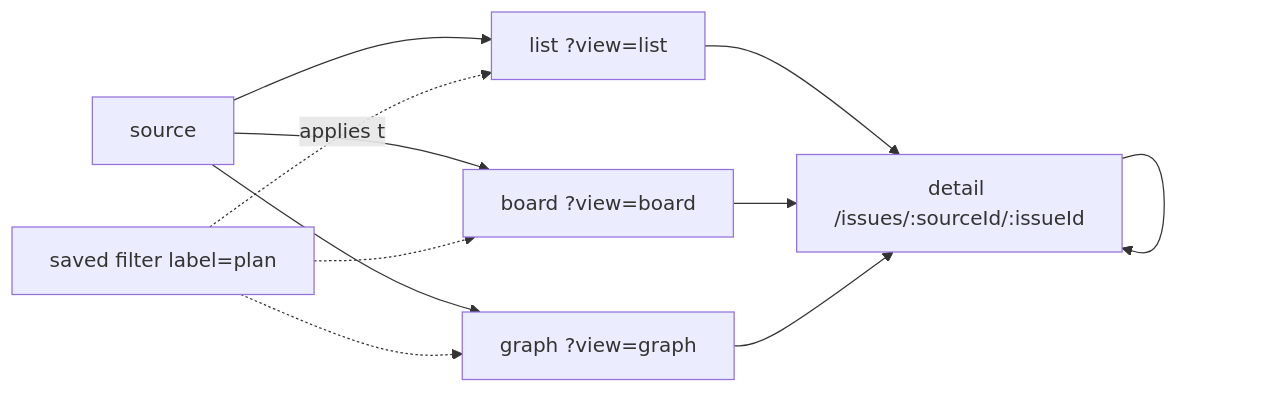
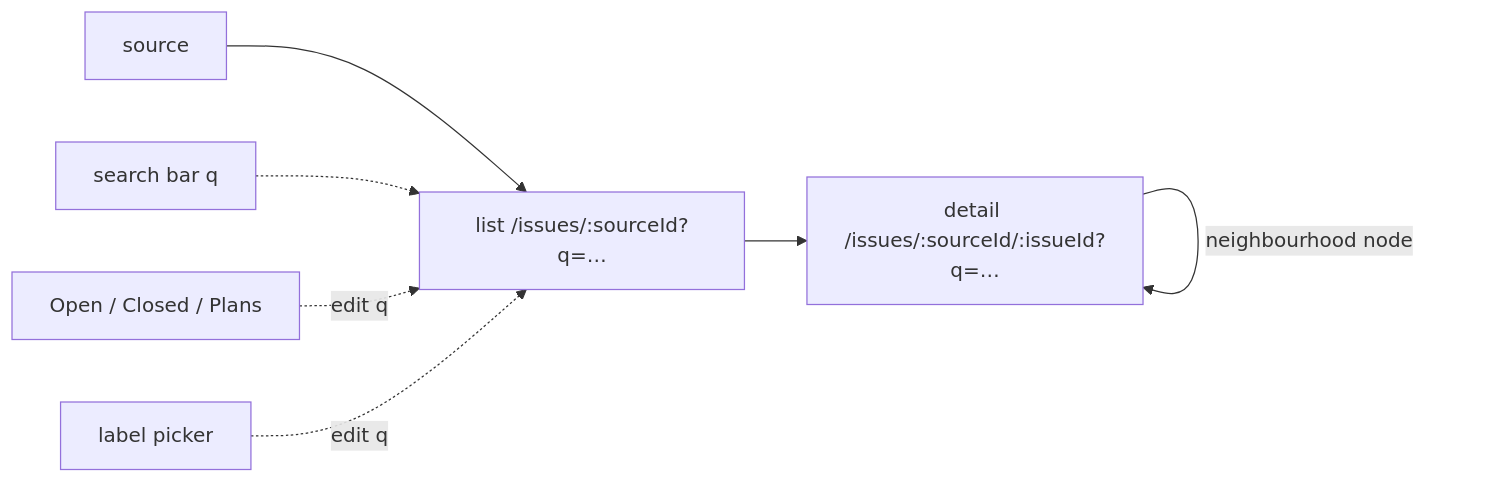
The second of 2 diagrams in doc/plan/2026-09-04-plans_in_beads/PLAN.md (ngicks/crabswarm), drawn with Mermaid before and after one commit. The commit also changed other lines of this file and 16 other files, not shown here.

First line of the commit message:
✨(mock,plan): drop the board and graph views, add Open / Closed / Plans

````diff
--- a/doc/plan/2026-09-04-plans_in_beads/PLAN.md
+++ b/doc/plan/2026-09-04-plans_in_beads/PLAN.md
@@ -223,13 +226,9 @@
 ```mermaid
 flowchart LR
-    src[source] --> list[list ?view=list]
-    src --> board[board ?view=board]
-    src --> graphv[graph ?view=graph]
-    list --> detail[detail /issues/:sourceId/:issueId]
-    board --> detail
-    graphv --> detail
-    detail --> detail
-    plans[saved filter label=plan] -.applies to.-> list
-    plans -.-> board
-    plans -.-> graphv
+    src[source] --> list[list /issues/:sourceId?q=…]
+    bar[search bar q] -.-> list
+    state[Open / Closed / Plans] -.edit q.-> list
+    labels[label picker] -.edit q.-> list
+    list --> detail[detail /issues/:sourceId/:issueId?q=…]
+    detail -->|neighbourhood node| detail
 ```
````
